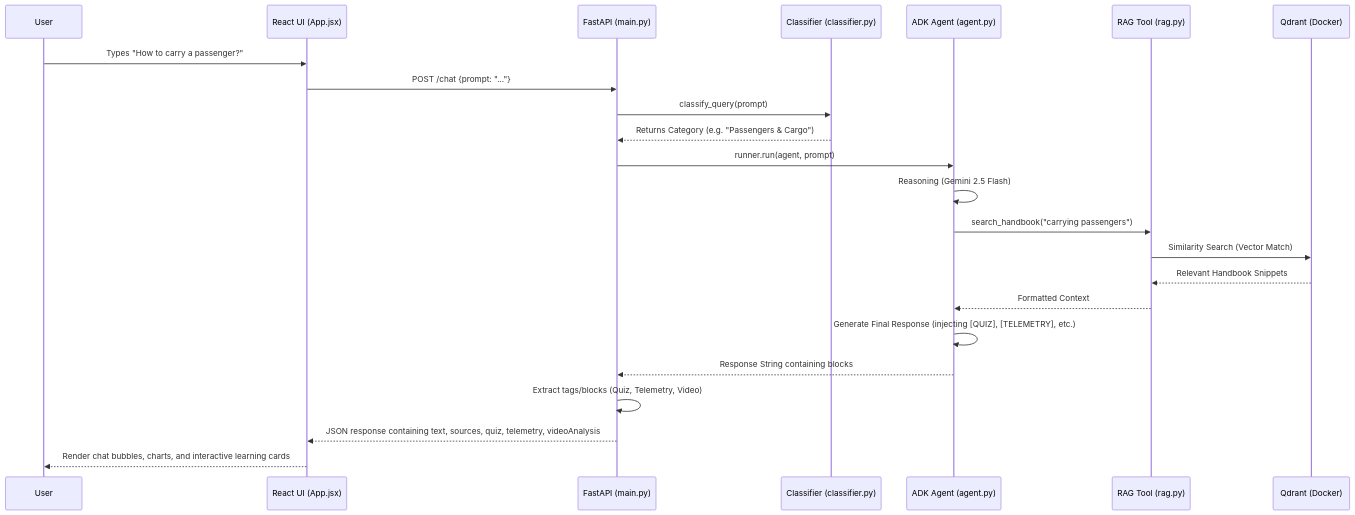
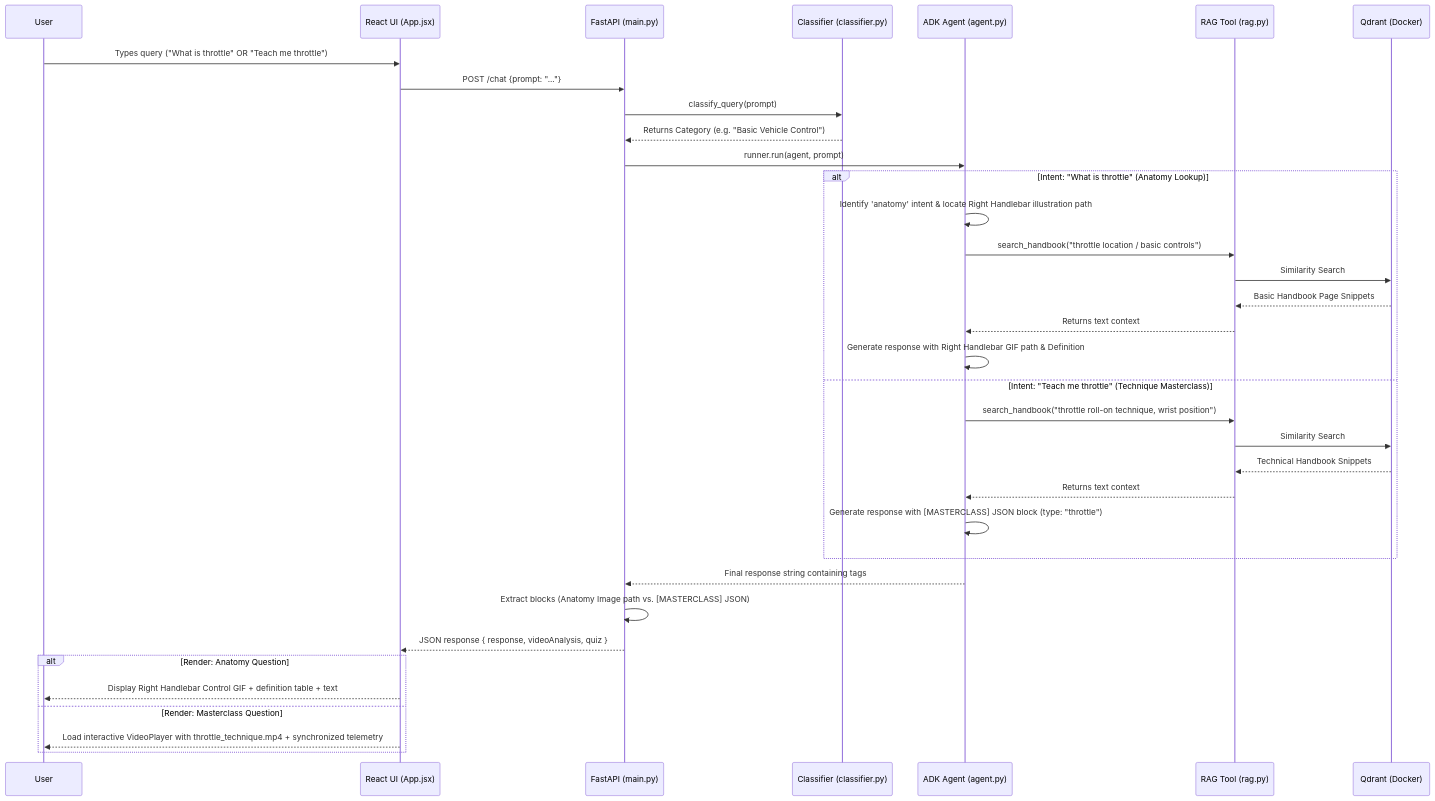
Before and after one commit to SangeethaKumari/MotorCycleCoach: the fourth of 7 diagrams in ARCHITECTURE.md, drawn with Mermaid. The commit also changed other lines of this file and 1 other file, not shown here.

Commit message:
changed the prompt and updated the architecture diagram to add better example

````diff
--- a/ARCHITECTURE.md
+++ b/ARCHITECTURE.md
@@ -98,26 +98,41 @@
 ```mermaid
 sequenceDiagram
     participant User
     participant Frontend as React UI (App.jsx)
     participant Backend as FastAPI (main.py)
     participant Classifier as Classifier (classifier.py)
     participant Agent as ADK Agent (agent.py)
     participant Tool as RAG Tool (rag.py)
     participant DB as Qdrant (Docker)
 
-    User->>Frontend: Types "How to carry a passenger?"
+    User->>Frontend: Types query ("What is throttle" OR "Teach me throttle")
     Frontend->>Backend: POST /chat {prompt: "..."}
     Backend->>Classifier: classify_query(prompt)
-    Classifier-->>Backend: Returns Category (e.g. "Passengers & Cargo")
+    Classifier-->>Backend: Returns Category (e.g. "Basic Vehicle Control")
     Backend->>Agent: runner.run(agent, prompt)
-    Agent->>Agent: Reasoning (Gemini 2.5 Flash)
-    Agent->>Tool: search_handbook("carrying passengers")
-    Tool->>DB: Similarity Search (Vector Match)
-    DB-->>Tool: Relevant Handbook Snippets
-    Tool-->>Agent: Formatted Context
-    Agent->>Agent: Generate Final Response (injecting [QUIZ], [TELEMETRY], etc.)
-    Agent-->>Backend: Response String containing blocks
-    Backend->>Backend: Extract tags/blocks (Quiz, Telemetry, Video)
-    Backend-->>Frontend: JSON response containing text, sources, quiz, telemetry, videoAnalysis
-    Frontend-->>User: Render chat bubbles, charts, and interactive learning cards
+    
+    alt Intent: "What is throttle" (Anatomy Lookup)
+        Agent->>Agent: Identify 'anatomy' intent & locate Right Handlebar illustration path
+        Agent->>Tool: search_handbook("throttle location / basic controls")
+        Tool->>DB: Similarity Search
+        DB-->>Tool: Basic Handbook Page Snippets
+        Tool-->>Agent: Returns text context
+        Agent->>Agent: Generate response with Right Handlebar GIF path & Definition
+    else Intent: "Teach me throttle" (Technique Masterclass)
+        Agent->>Tool: search_handbook("throttle roll-on technique, wrist position")
+        Tool->>DB: Similarity Search
+        DB-->>Tool: Technical Handbook Snippets
+        Tool-->>Agent: Returns text context
+        Agent->>Agent: Generate response with [MASTERCLASS] JSON block (type: "throttle")
+    end
+
+    Agent-->>Backend: Final response string containing tags
+    Backend->>Backend: Extract blocks (Anatomy Image path vs. [MASTERCLASS] JSON)
+    Backend-->>Frontend: JSON response { response, videoAnalysis, quiz }
+    
+    alt Render: Anatomy Question
+        Frontend-->>User: Display Right Handlebar Control GIF + definition table + text
+    else Render: Masterclass Question
+        Frontend-->>User: Load interactive VideoPlayer with throttle_technique.mp4 + synchronized telemetry
+    end
 ```
````
